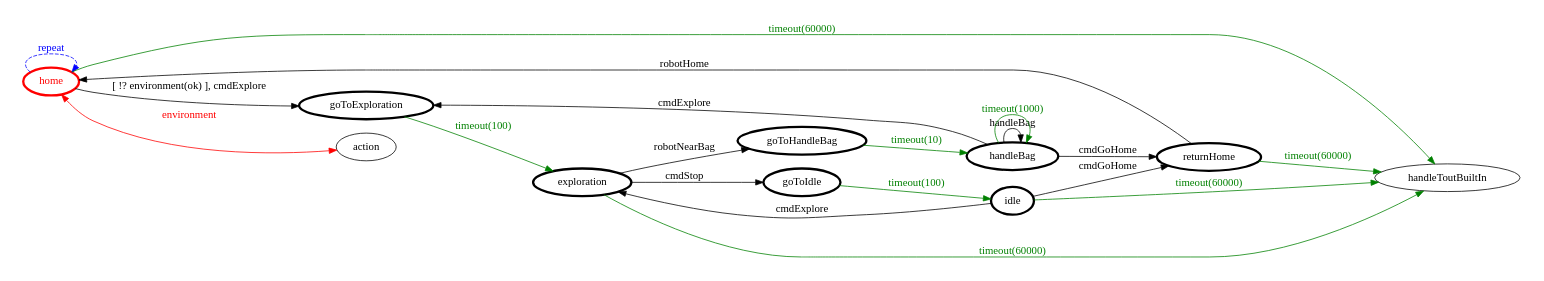
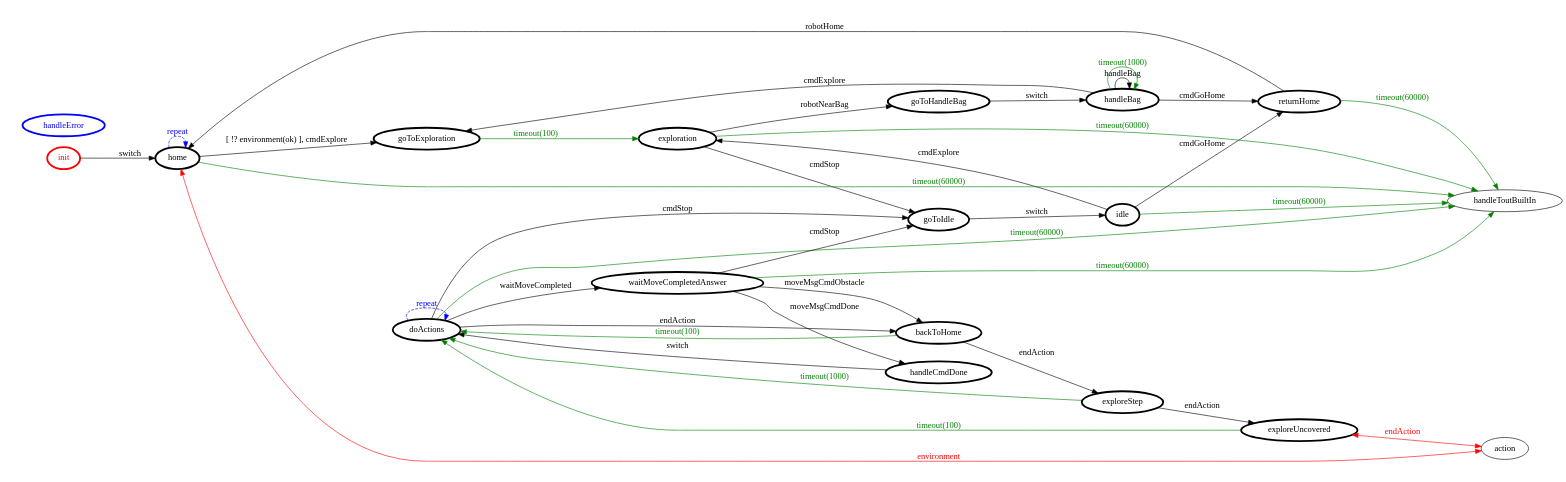
One commit to NiccoMlt/ISS-2018-Final-Task changed the diagram in project/srcMore/it/unibo/robot_discovery_mind/robot_discovery_mind.gv. Above: the diagram before and after it, drawn with Graphviz. The commit also changed 34 other files, not shown here.

```diff
--- a/project/srcMore/it/unibo/robot_discovery_mind/robot_discovery_mind.gv
+++ b/project/srcMore/it/unibo/robot_discovery_mind/robot_discovery_mind.gv
@@ -1,40 +1,65 @@
 /*
 *
 * A GraphViz DOT FSM description 
 * Please use a GraphViz visualizer (like http://www.webgraphviz.com)
 *  
 */
 
 digraph finite_state_machine {
 	rankdir=LR
 	size="8,5"
 	
-	home [ color = red ][ fontcolor = red ][ penwidth = 3 ]
+	init [ color = red ][ fontcolor = red ][ penwidth = 3 ]
 	goToExploration [ color = black ][ fontcolor = black ][ penwidth = 3 ]
 	returnHome [ color = black ][ fontcolor = black ][ penwidth = 3 ]
+	exploreUncovered [ color = black ][ fontcolor = black ][ penwidth = 3 ]
+	exploration [ color = black ][ fontcolor = black ][ penwidth = 3 ]
+	doActions [ color = black ][ fontcolor = black ][ penwidth = 3 ]
+	idle [ color = black ][ fontcolor = black ][ penwidth = 3 ]
+	waitMoveCompletedAnswer [ color = black ][ fontcolor = black ][ penwidth = 3 ]
+	handleCmdDone [ color = black ][ fontcolor = black ][ penwidth = 3 ]
+	home [ color = black ][ fontcolor = black ][ penwidth = 3 ]
+	backToHome [ color = black ][ fontcolor = black ][ penwidth = 3 ]
 	handleBag [ color = black ][ fontcolor = black ][ penwidth = 3 ]
-	exploration [ color = black ][ fontcolor = black ][ penwidth = 3 ]
 	goToIdle [ color = black ][ fontcolor = black ][ penwidth = 3 ]
-	idle [ color = black ][ fontcolor = black ][ penwidth = 3 ]
+	exploreStep [ color = black ][ fontcolor = black ][ penwidth = 3 ]
 	goToHandleBag [ color = black ][ fontcolor = black ][ penwidth = 3 ]
+	handleError [ color = blue ][ fontcolor = blue ][ penwidth = 3 ]
 	
-	goToHandleBag -> handleBag [ label = "timeout(10)" ][ color = green ][ fontcolor = green ]
+	doActions -> goToIdle [ label = "cmdStop" ][ color = black ][ fontcolor = black ]
+	doActions -> doActions [ label = "repeat "][ style = dashed ][ color = blue ][ fontcolor = blue ]
+	exploreStep -> doActions [ label = "timeout(1000)" ][ color = green ][ fontcolor = green ]
+	idle -> exploration [ label = "cmdExplore" ][ color = black ][ fontcolor = black ]
+	handleBag -> handleBag [ label = "handleBag" ][ color = black ][ fontcolor = black ]
+	idle -> handleToutBuiltIn [ label = "timeout(60000)" ][ color = green ][ fontcolor = green ]
+	backToHome -> exploreStep [ label = "endAction" ][ color = black ][ fontcolor = black ]
+	home -> action [ label = "environment" ][ color = red ][ fontcolor = red ][ dir = both ]
+	handleBag -> handleBag [ label = "timeout(1000)" ][ color = green ][ fontcolor = green ]
+	home -> goToExploration [ label = "[ !? environment(ok) ], cmdExplore" ][ color = black ][ fontcolor = black ]
+	exploreUncovered -> action [ label = "endAction" ][ color = red ][ fontcolor = red ][ dir = both ]
+	handleCmdDone -> doActions [ label = "switch" ][ color = black ][ fontcolor = black ]
+	waitMoveCompletedAnswer -> backToHome [ label = "moveMsgCmdObstacle" ][ color = black ][ fontcolor = black ]
+	exploration -> goToHandleBag [ label = "robotNearBag" ][ color = black ][ fontcolor = black ]
 	exploration -> goToIdle [ label = "cmdStop" ][ color = black ][ fontcolor = black ]
-	idle -> exploration [ label = "cmdExplore" ][ color = black ][ fontcolor = black ]
+	init -> home [ label = "switch" ][ color = black ][ fontcolor = black ]
+	doActions -> handleToutBuiltIn [ label = "timeout(60000)" ][ color = green ][ fontcolor = green ]
 	returnHome -> handleToutBuiltIn [ label = "timeout(60000)" ][ color = green ][ fontcolor = green ]
+	exploreUncovered -> doActions [ label = "timeout(100)" ][ color = green ][ fontcolor = green ]
 	handleBag -> returnHome [ label = "cmdGoHome" ][ color = black ][ fontcolor = black ]
 	returnHome -> home [ label = "robotHome" ][ color = black ][ fontcolor = black ]
-	handleBag -> handleBag [ label = "handleBag" ][ color = black ][ fontcolor = black ]
-	idle -> handleToutBuiltIn [ label = "timeout(60000)" ][ color = green ][ fontcolor = green ]
+	backToHome -> doActions [ label = "timeout(100)" ][ color = green ][ fontcolor = green ]
+	goToHandleBag -> handleBag [ label = "switch" ][ color = black ][ fontcolor = black ]
+	doActions -> backToHome [ label = "endAction" ][ color = black ][ fontcolor = black ]
 	goToExploration -> exploration [ label = "timeout(100)" ][ color = green ][ fontcolor = green ]
 	home -> handleToutBuiltIn [ label = "timeout(60000)" ][ color = green ][ fontcolor = green ]
-	home -> action [ label = "environment" ][ color = red ][ fontcolor = red ][ dir = both ]
-	handleBag -> handleBag [ label = "timeout(1000)" ][ color = green ][ fontcolor = green ]
+	waitMoveCompletedAnswer -> handleCmdDone [ label = "moveMsgCmdDone" ][ color = black ][ fontcolor = black ]
+	goToIdle -> idle [ label = "switch" ][ color = black ][ fontcolor = black ]
+	doActions -> waitMoveCompletedAnswer [ label = "waitMoveCompleted" ][ color = black ][ fontcolor = black ]
+	waitMoveCompletedAnswer -> goToIdle [ label = "cmdStop" ][ color = black ][ fontcolor = black ]
 	handleBag -> goToExploration [ label = "cmdExplore" ][ color = black ][ fontcolor = black ]
-	goToIdle -> idle [ label = "timeout(100)" ][ color = green ][ fontcolor = green ]
-	home -> goToExploration [ label = "[ !? environment(ok) ], cmdExplore" ][ color = black ][ fontcolor = black ]
+	waitMoveCompletedAnswer -> handleToutBuiltIn [ label = "timeout(60000)" ][ color = green ][ fontcolor = green ]
 	home -> home [ label = "repeat "][ style = dashed ][ color = blue ][ fontcolor = blue ]
 	idle -> returnHome [ label = "cmdGoHome" ][ color = black ][ fontcolor = black ]
 	exploration -> handleToutBuiltIn [ label = "timeout(60000)" ][ color = green ][ fontcolor = green ]
-	exploration -> goToHandleBag [ label = "robotNearBag" ][ color = black ][ fontcolor = black ]
+	exploreStep -> exploreUncovered [ label = "endAction" ][ color = black ][ fontcolor = black ]
 }
```
